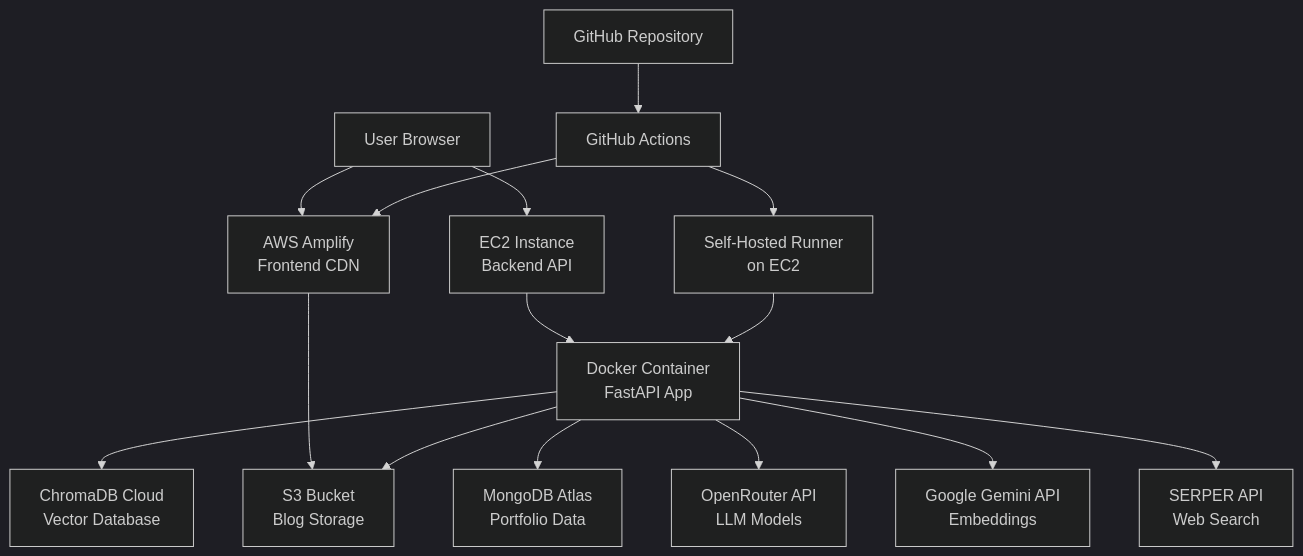
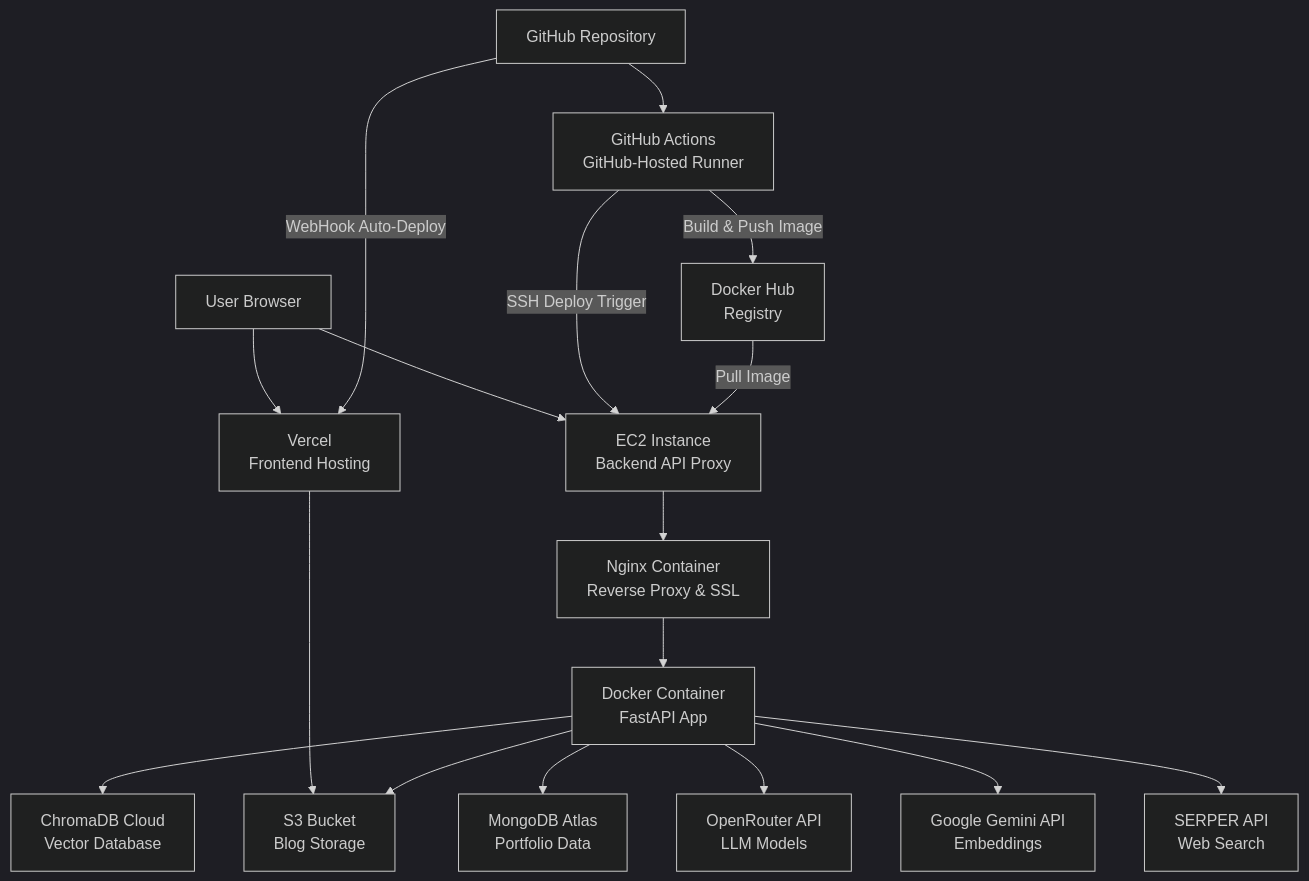
Before and after one commit to ALTHAFHUSSAINSYED/portfolio: the first of 7 diagrams in SYSTEM_ARCHITECTURE.md, drawn with Mermaid (dark theme). The commit also changed other lines of this file and 3 other files, not shown here.

Commit message:
chore: decommission AWS Amplify, document Vercel migration, and redesign project details aesthetics

````diff
--- a/SYSTEM_ARCHITECTURE.md
+++ b/SYSTEM_ARCHITECTURE.md
@@ -53,20 +105,43 @@
 ```mermaid
+
 graph TB
-    User[User Browser] --> Amplify[AWS Amplify<br/>Frontend CDN]
-    User --> EC2[EC2 Instance<br/>Backend API]
+
+    User[User Browser] --> Vercel[Vercel<br/>Frontend Hosting]
+
+    User --> EC2[EC2 Instance<br/>Backend API Proxy]
+
     
-    Amplify --> S3_Blogs[S3 Bucket<br/>Blog Storage]
+
+    Vercel --> S3_Blogs[S3 Bucket<br/>Blog Storage]
+
     
-    EC2 --> Docker[Docker Container<br/>FastAPI App]
+
+    EC2 --> Nginx[Nginx Container<br/>Reverse Proxy & SSL]
+
+    Nginx --> Docker[Docker Container<br/>FastAPI App]
+
     Docker --> ChromaDB[ChromaDB Cloud<br/>Vector Database]
+
     Docker --> S3_Blogs
+
     Docker --> MongoDB[MongoDB Atlas<br/>Portfolio Data]
+
     Docker --> OpenRouter[OpenRouter API<br/>LLM Models]
+
     Docker --> Gemini[Google Gemini API<br/>Embeddings]
+
     Docker --> SERPER[SERPER API<br/>Web Search]
+
     
-    GitHub[GitHub Repository] --> Actions[GitHub Actions]
-    Actions --> EC2_Runner[Self-Hosted Runner<br/>on EC2]
-    EC2_Runner --> Docker
-    Actions --> Amplify
+
+    GitHub[GitHub Repository] --> GitHubActions[GitHub Actions<br/>GitHub-Hosted Runner]
+
+    GitHubActions -->|Build & Push Image| DockerHub[Docker Hub<br/>Registry]
+
+    GitHubActions -->|SSH Deploy Trigger| EC2
+
+    DockerHub -->|Pull Image| EC2
+
+    GitHub -->|WebHook Auto-Deploy| Vercel
+
 ```
````
